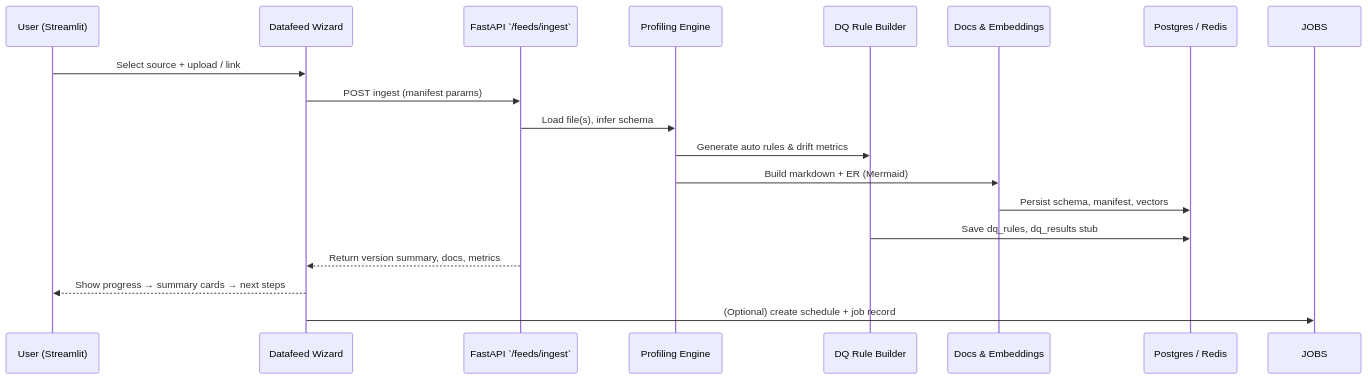
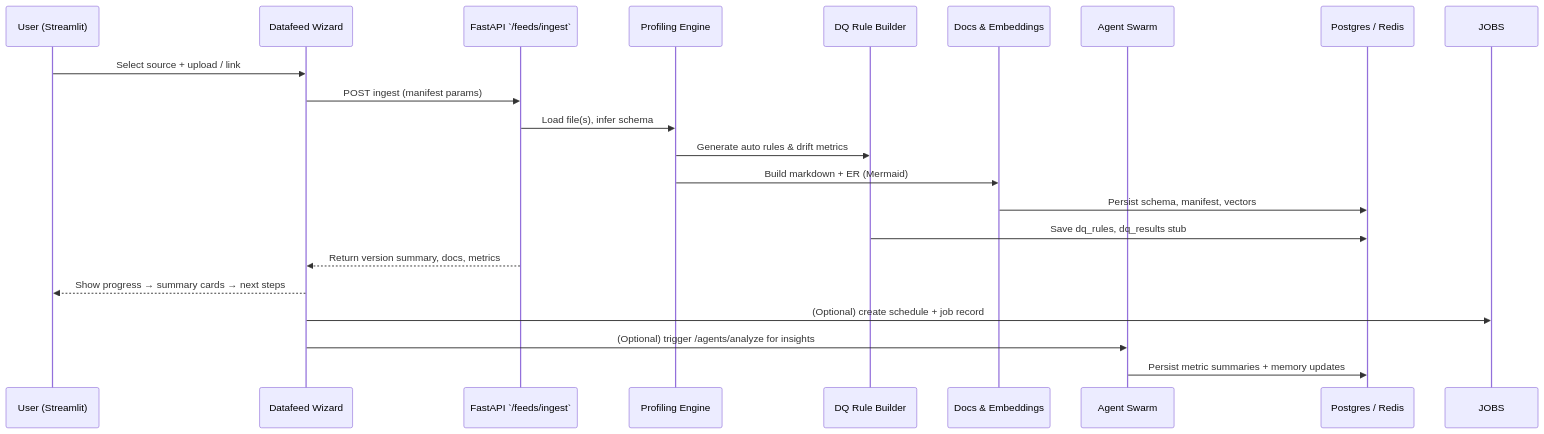
The second of 3 diagrams in docs/datafeed_roadmap.md (dannyalaska/dawn), drawn with Mermaid before and after one commit. The commit also changed other lines of this file and 25 other files, not shown here.

````diff
--- a/docs/datafeed_roadmap.md
+++ b/docs/datafeed_roadmap.md
@@ -67,21 +74,24 @@
 ```mermaid
 sequenceDiagram
     participant U as User (Streamlit)
     participant UI as Datafeed Wizard
     participant API as FastAPI `/feeds/ingest`
     participant PROF as Profiling Engine
     participant DQ as DQ Rule Builder
     participant DOC as Docs & Embeddings
+    participant SWARM as Agent Swarm
     participant DB as Postgres / Redis
 
     U->>UI: Select source + upload / link
     UI->>API: POST ingest (manifest params)
     API->>PROF: Load file(s), infer schema
     PROF->>DQ: Generate auto rules & drift metrics
     PROF->>DOC: Build markdown + ER (Mermaid)
     DOC->>DB: Persist schema, manifest, vectors
     DQ->>DB: Save dq_rules, dq_results stub
     API-->>UI: Return version summary, docs, metrics
     UI-->>U: Show progress → summary cards → next steps
     UI->>JOBS: (Optional) create schedule + job record
+    UI->>SWARM: (Optional) trigger /agents/analyze for insights
+    SWARM->>DB: Persist metric summaries + memory updates
 ```
````
